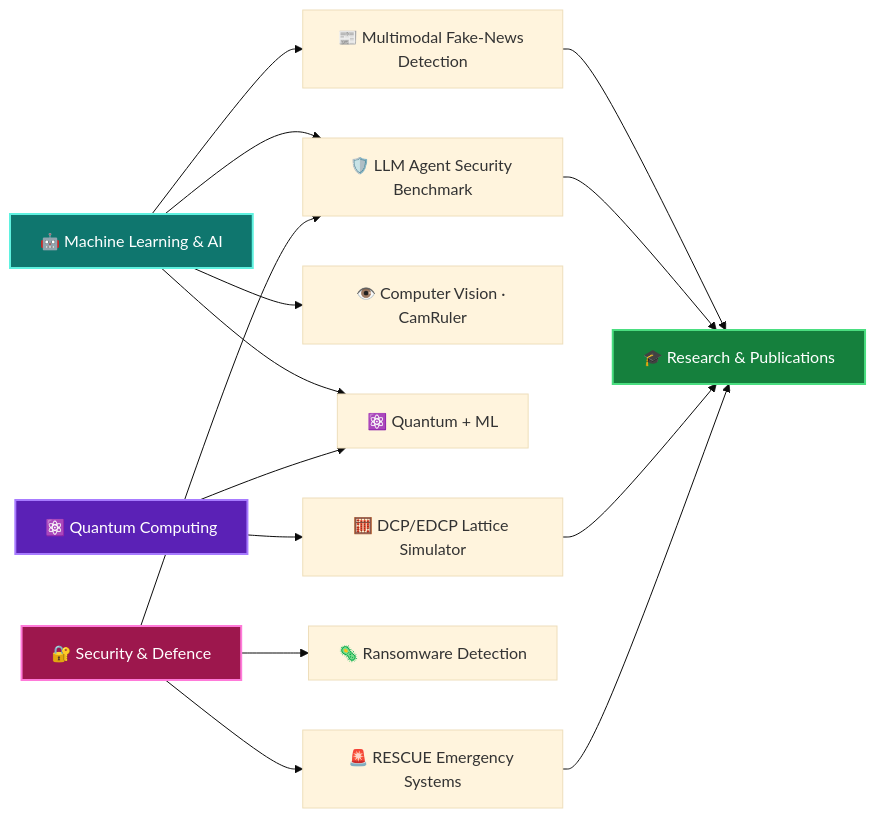
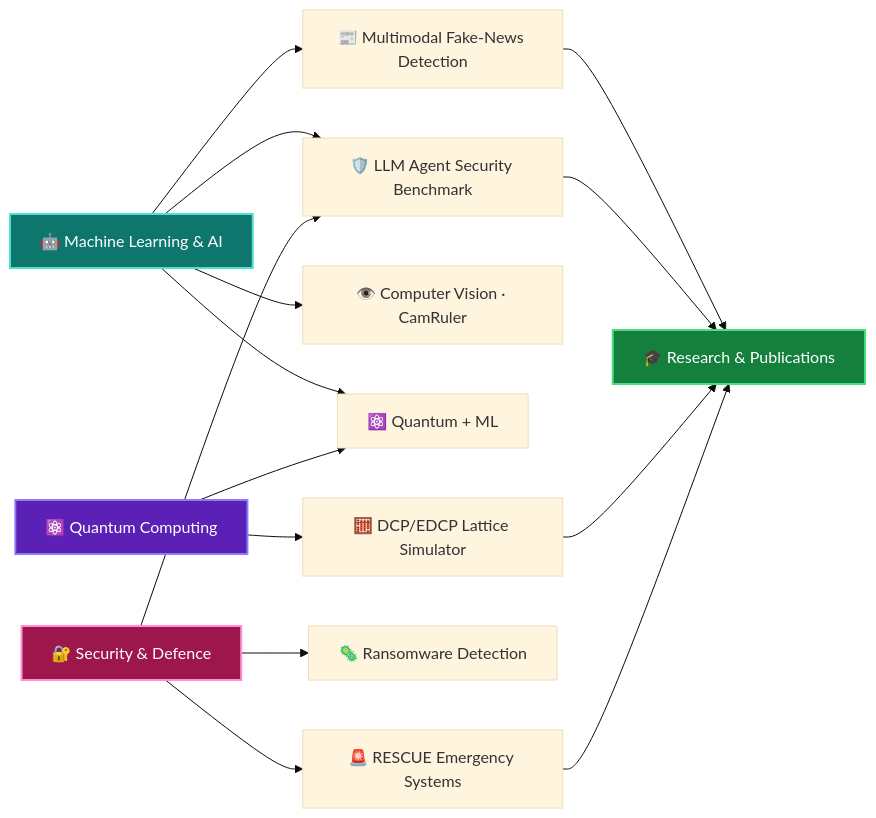
The diagram in README.md (vishalacharya09/vishalacharya09), drawn with Mermaid (base theme) before and after one commit. The commit also changed other lines of this file, not shown here.

````diff
--- a/README.md
+++ b/README.md
@@ -235,21 +235,21 @@
 ```mermaid
 graph LR
     ML[🤖 Machine Learning & AI] --> MM[📰 Multimodal Fake-News Detection]
     ML --> AG[🛡️ LLM Agent Security Benchmark]
     ML --> CV[👁️ Computer Vision · CamRuler]
     ML --> QML[⚛️ Quantum + ML]
     Q[⚛️ Quantum Computing] --> QML
     Q --> DCP[🧮 DCP/EDCP Lattice Simulator]
     S[🔐 Security & Defence] --> AG
     S --> RAN[🦠 Ransomware Detection]
     S --> RES[🚨 RESCUE Emergency Systems]
     MM --> R[🎓 Research & Publications]
     AG --> R
     DCP --> R
     RES --> R
 
-    style ML fill:#0f766e,stroke:#5FF2E0,stroke-width:2px,color:#fff
-    style Q fill:#5b21b6,stroke:#A77BFF,stroke-width:2px,color:#fff
-    style S fill:#9d174d,stroke:#FF7AD9,stroke-width:2px,color:#fff
+    style ML fill:#0f766e,stroke:#4EE3D0,stroke-width:2px,color:#fff
+    style Q fill:#5b21b6,stroke:#8B7BFF,stroke-width:2px,color:#fff
+    style S fill:#9d174d,stroke:#FF8FD0,stroke-width:2px,color:#fff
     style R fill:#15803d,stroke:#4ade80,stroke-width:2px,color:#fff
 ```
````
